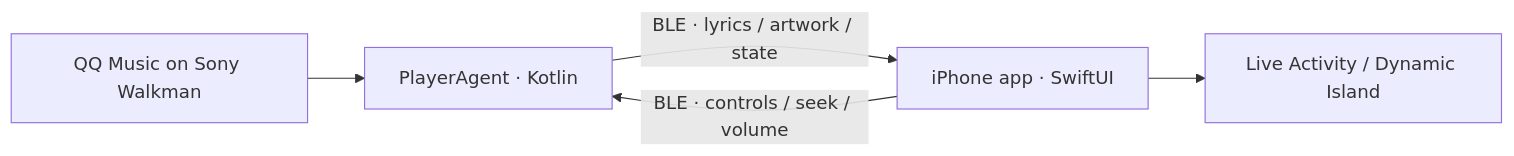
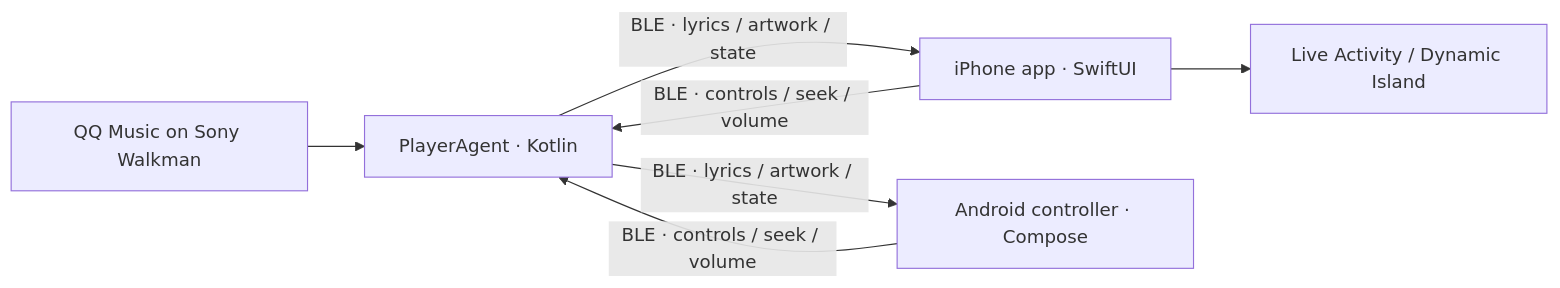
Before and after one commit to a3384379/MusicBleController: the diagram in README.md, drawn with Mermaid. The commit also changed other lines of this file and 43 other files, not shown here.

Commit message:
feat: rebuild Android controller with Sony BLE V2

````diff
--- a/README.md
+++ b/README.md
@@ -83,7 +87,9 @@
 ```mermaid
 flowchart LR
     QQ["QQ Music on Sony Walkman"] --> Agent["PlayerAgent · Kotlin"]
     Agent -->|"BLE · lyrics / artwork / state"| iOS["iPhone app · SwiftUI"]
+    Agent -->|"BLE · lyrics / artwork / state"| Android["Android controller · Compose"]
     iOS -->|"BLE · controls / seek / volume"| Agent
+    Android -->|"BLE · controls / seek / volume"| Agent
     iOS --> Live["Live Activity / Dynamic Island"]
 ```
````
